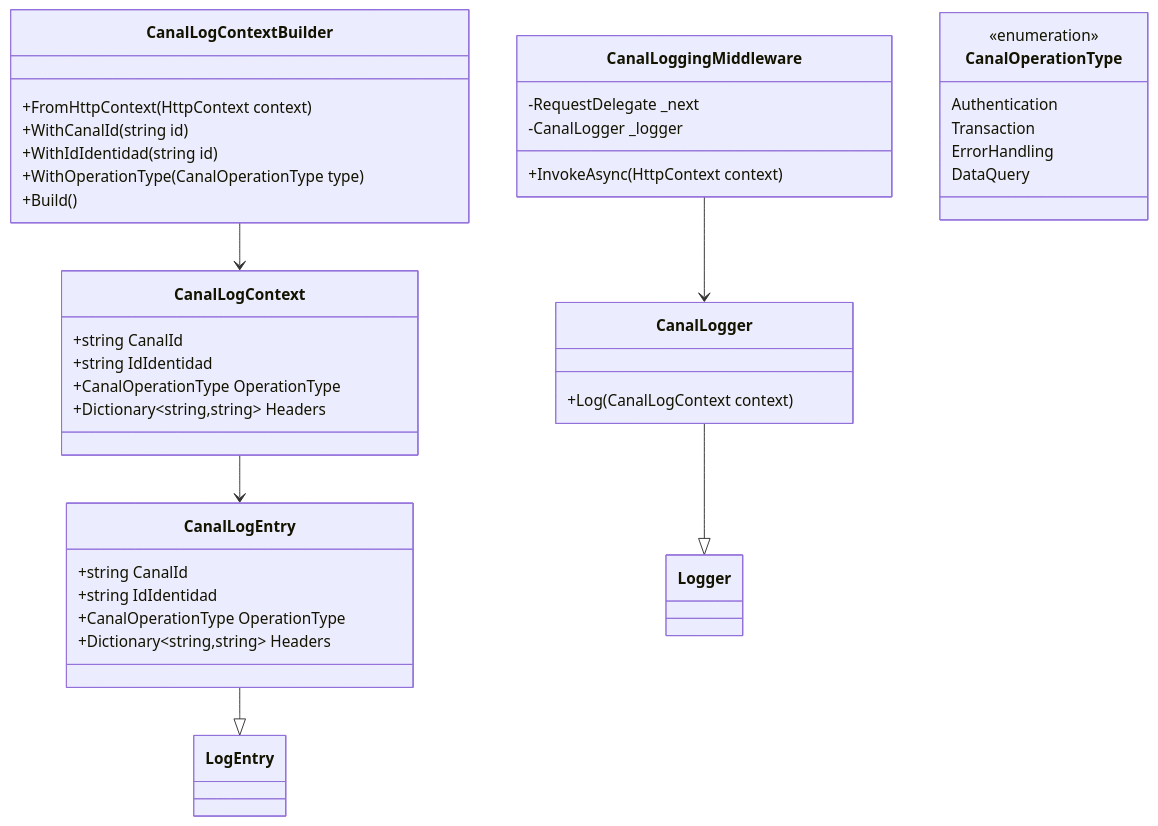
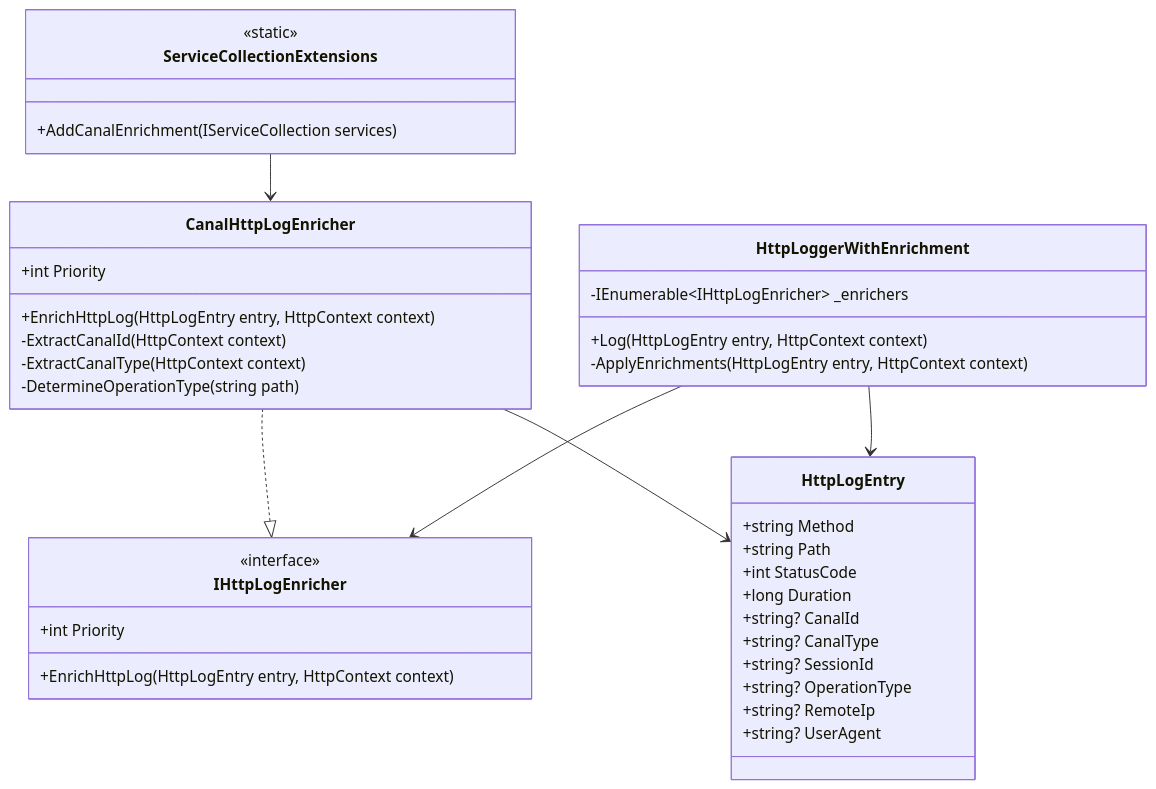
Before and after one commit to ercilli/Poc-Arquetipo: the fourth of 9 diagrams in docs/ARCHITECTURE.md, drawn with Mermaid. The commit also changed other lines of this file and 28 other files, not shown here.

First line of the commit message:
feat: Implement Canal Enrichment Pattern for HTTP Logging

````diff
--- a/docs/ARCHITECTURE.md
+++ b/docs/ARCHITECTURE.md
@@ -202,50 +202,51 @@
 ```mermaid
 classDiagram
-    %% CANAL EXTENSION
-    class CanalLogger {
-        +Log(CanalLogContext context)
+    %% ENRICHMENT PATTERN
+    class IHttpLogEnricher {
+        <<interface>>
+        +int Priority
+        +EnrichHttpLog(HttpLogEntry entry, HttpContext context)
     }
     
-    class CanalLogEntry {
-        +string CanalId
-        +string IdIdentidad
-        +CanalOperationType OperationType
-        +Dictionary~string,string~ Headers
+    class CanalHttpLogEnricher {
+        +int Priority
+        +EnrichHttpLog(HttpLogEntry entry, HttpContext context)
+        -ExtractCanalId(HttpContext context)
+        -ExtractCanalType(HttpContext context)
+        -DetermineOperationType(string path)
     }
     
-    class CanalLogContext {
-        +string CanalId
-        +string IdIdentidad
-        +CanalOperationType OperationType
-        +Dictionary~string,string~ Headers
+    class HttpLogEntry {
+        %% HTTP Base Properties
+        +string Method
+        +string Path
+        +int StatusCode
+        +long Duration
+        
+        %% Enrichable Canal Properties
+        +string? CanalId
+        +string? CanalType
+        +string? SessionId
+        +string? OperationType
+        +string? RemoteIp
+        +string? UserAgent
     }
     
-    class CanalLogContextBuilder {
-        +FromHttpContext(HttpContext context)
-        +WithCanalId(string id)
-        +WithIdIdentidad(string id)
-        +WithOperationType(CanalOperationType type)
-        +Build()
+    class HttpLoggerWithEnrichment {
+        -IEnumerable~IHttpLogEnricher~ _enrichers
+        +Log(HttpLogEntry entry, HttpContext context)
+        -ApplyEnrichments(HttpLogEntry entry, HttpContext context)
     }
     
-    class CanalLoggingMiddleware {
-        -RequestDelegate _next
-        -CanalLogger _logger
-        +InvokeAsync(HttpContext context)
-    }
-    
-    class CanalOperationType {
-        <<enumeration>>
-        Authentication
-        Transaction
-        ErrorHandling
-        DataQuery
+    class ServiceCollectionExtensions {
+        <<static>>
+        +AddCanalEnrichment(IServiceCollection services)
     }
     
     %% RELATIONSHIPS
-    CanalLogger --|> Logger
-    CanalLogEntry --|> LogEntry
-    CanalLogContext --> CanalLogEntry
-    CanalLogContextBuilder --> CanalLogContext
-    CanalLoggingMiddleware --> CanalLogger
+    CanalHttpLogEnricher ..|> IHttpLogEnricher
+    HttpLoggerWithEnrichment --> IHttpLogEnricher
+    HttpLoggerWithEnrichment --> HttpLogEntry
+    CanalHttpLogEnricher --> HttpLogEntry
+    ServiceCollectionExtensions --> CanalHttpLogEnricher
 ```
````
